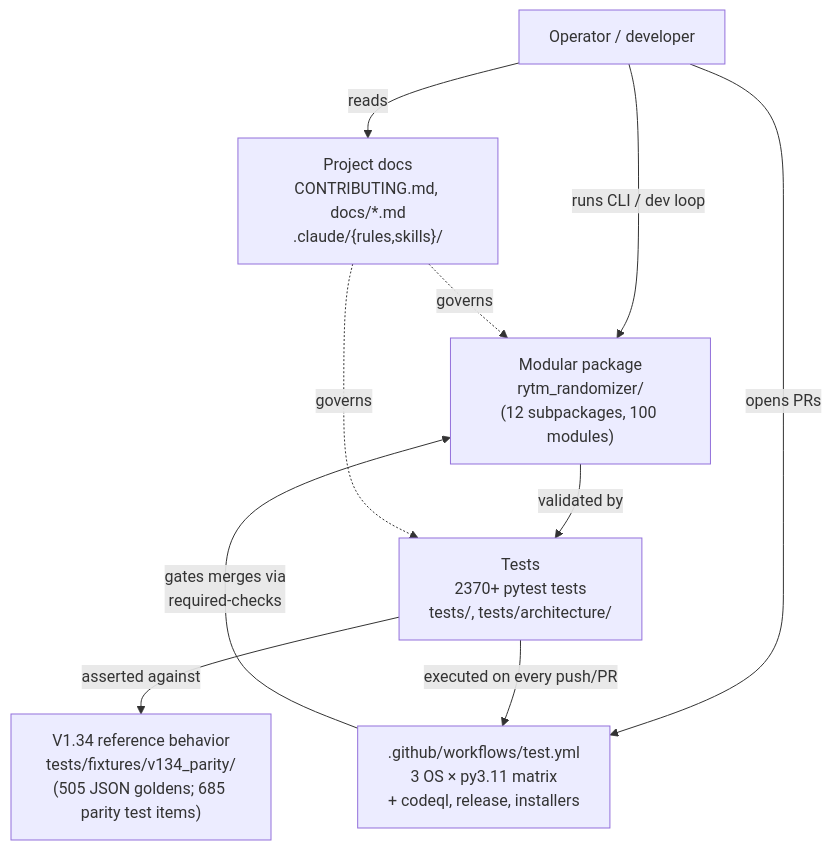
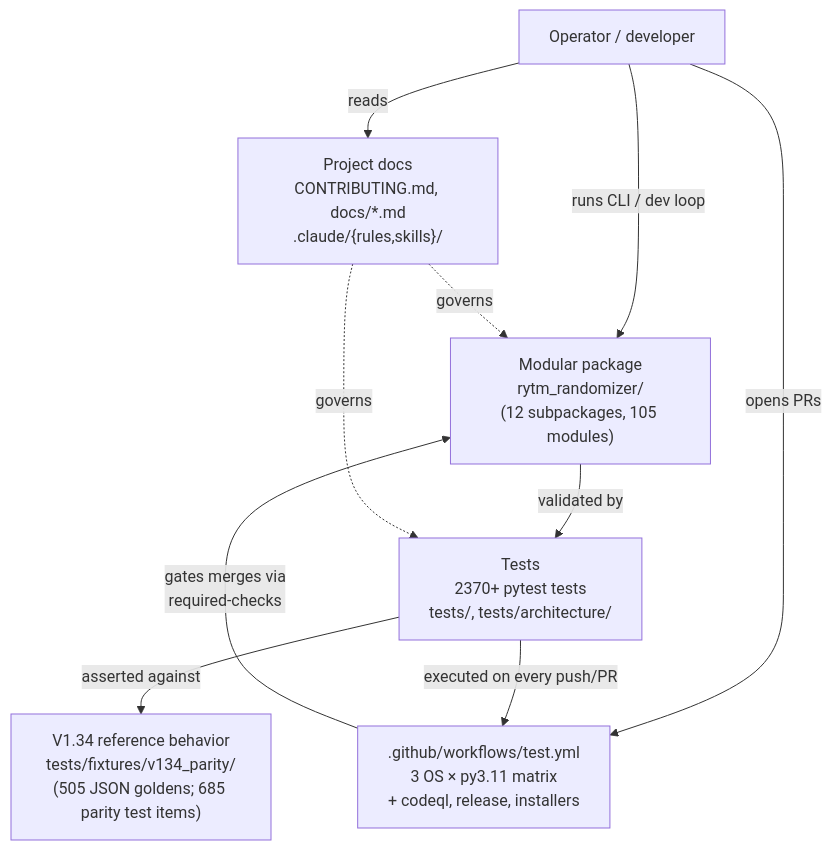
Before and after one commit to buzzijose-hub/RytmRandomizer: the first of 26 diagrams in docs/ARCHITECTURE_DIAGRAMS.md, drawn with Mermaid. The commit also changed other lines of this file and 1 other file, not shown here.

Commit message:
docs: refresh style profile architecture diagrams

````diff
--- a/docs/ARCHITECTURE_DIAGRAMS.md
+++ b/docs/ARCHITECTURE_DIAGRAMS.md
@@ -47,22 +47,22 @@
 ```mermaid
 flowchart TB
     User["Operator / developer"]
     V134["V1.34 reference behavior<br/>tests/fixtures/v134_parity/<br/>(505 JSON goldens; 685 parity test items)"]
-    Package["Modular package<br/>rytm_randomizer/<br/>(12 subpackages, 100 modules)"]
+    Package["Modular package<br/>rytm_randomizer/<br/>(12 subpackages, 105 modules)"]
     Tests["Tests<br/>2370+ pytest tests<br/>tests/, tests/architecture/"]
     CI[".github/workflows/test.yml<br/>3 OS × py3.11 matrix<br/>+ codeql, release, installers"]
     Docs["Project docs<br/>CONTRIBUTING.md, docs/*.md<br/>.claude/{rules,skills}/"]
 
     User -->|"runs CLI / dev loop"| Package
     User -->|"opens PRs"| CI
     User -->|"reads"| Docs
 
     Package -->|"validated by"| Tests
     Tests -->|"asserted against"| V134
     Tests -->|"executed on every push/PR"| CI
 
     CI -->|"gates merges via<br/>required-checks"| Package
 
     Docs -.->|"governs"| Package
     Docs -.->|"governs"| Tests
 ```
````
